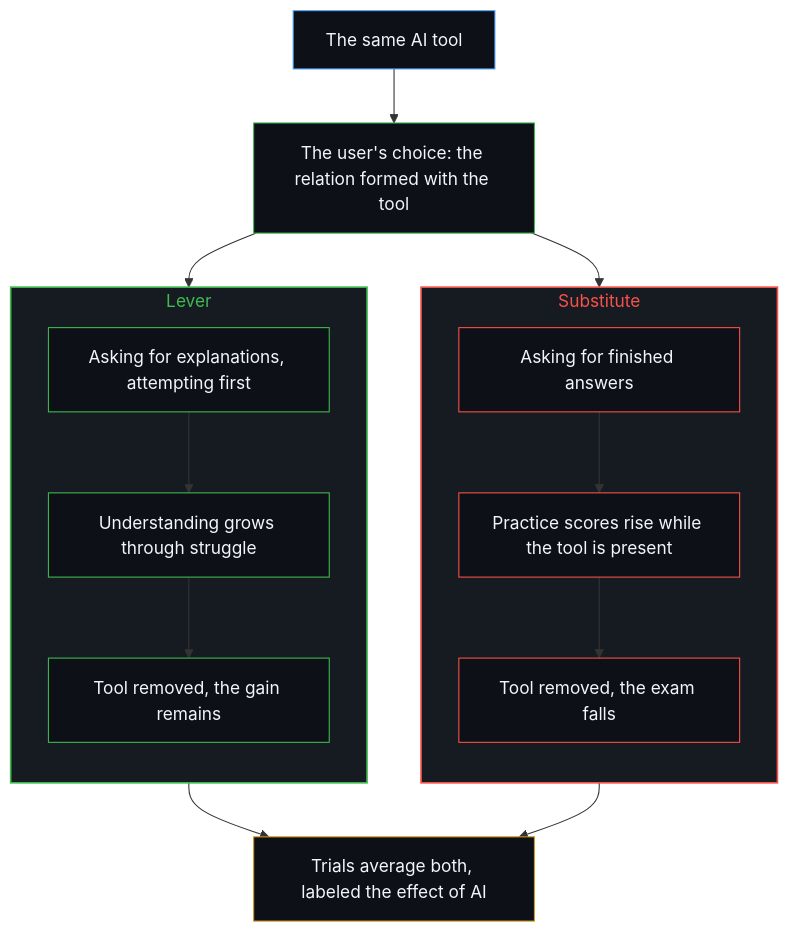
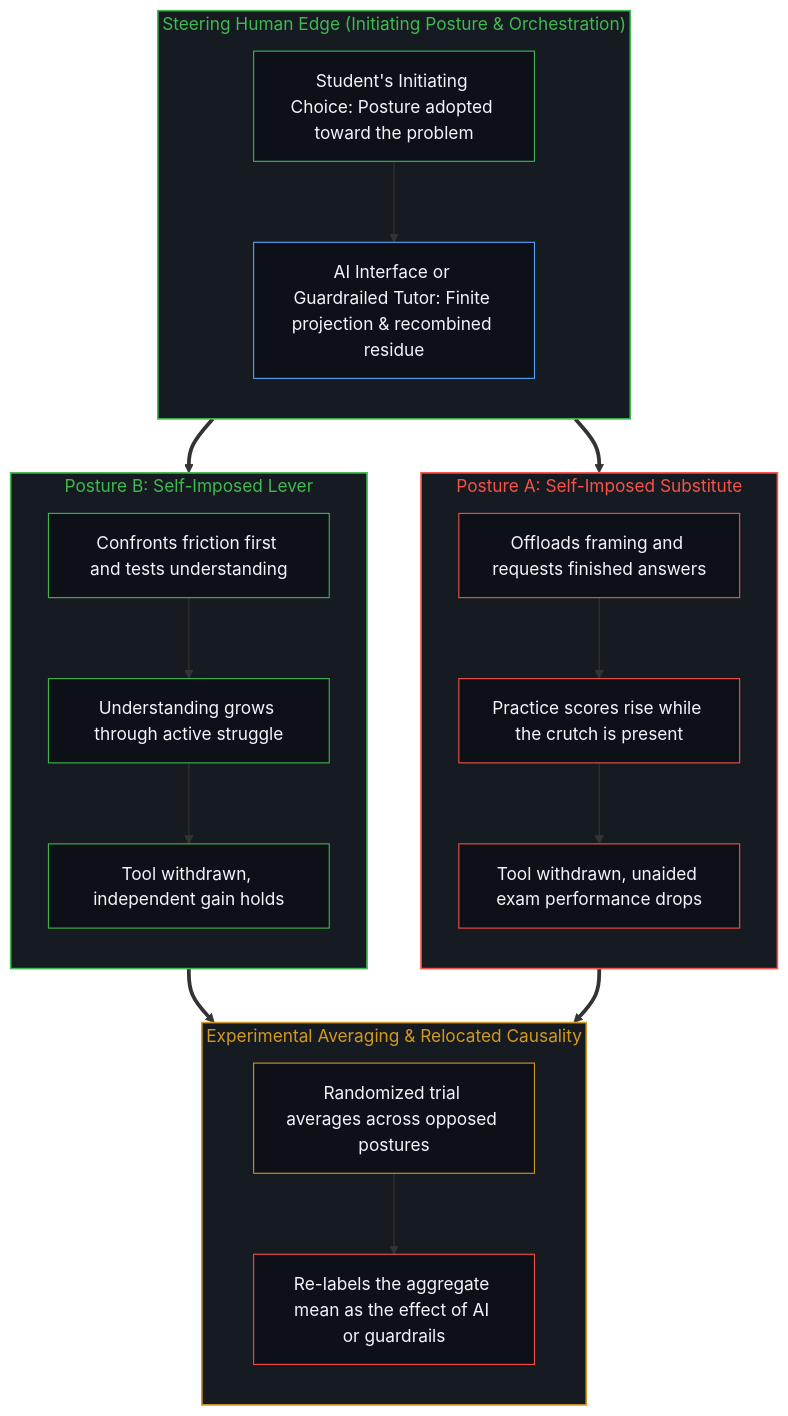
Before and after one commit to powerpig99/not-a-toe: the second of 2 diagrams in content/posts/studying-the-effect-of-ai-relocates-causality.md, drawn with Mermaid. The commit also changed other lines of this file and 2 other files, not shown here.

Commit message:
Refine L2 #150-#151: studying-the-effect-of-ai-relocates-causality, writing-without-the-image (Wave 3)

````diff
--- a/content/posts/studying-the-effect-of-ai-relocates-causality.md
+++ b/content/posts/studying-the-effect-of-ai-relocates-causality.md
@@ -74,34 +92,52 @@
 ```mermaid
 flowchart TD
-    T["The same AI tool"]
-    P["The user's choice: the relation formed with the tool"]
-    subgraph S_Sub["Substitute"]
+    subgraph S_Edge["Steering Human Edge (Initiating Posture & Orchestration)"]
         direction TB
-        A1["Asking for finished answers"]
-        A2["Practice scores rise while the tool is present"]
-        A3["Tool removed, the exam falls"]
+        E_Posture["Student's Initiating Choice: Posture adopted toward the problem"]
+        E_Tool["AI Interface or Guardrailed Tutor: Finite projection & recombined residue"]
+        E_Posture --> E_Tool
     end
-    subgraph S_Lev["Lever"]
+
+    subgraph S_Sub["Posture A: Self-Imposed Substitute"]
         direction TB
-        B1["Asking for explanations, attempting first"]
-        B2["Understanding grows through struggle"]
-        B3["Tool removed, the gain remains"]
+        A1["Offloads framing and requests finished answers"]
+        A2["Practice scores rise while the crutch is present"]
+        A3["Tool withdrawn, unaided exam performance drops"]
+        A1 --> A2 --> A3
     end
-    M["Trials average both, labeled the effect of AI"]
-    T --> P
-    P --> A1 --> A2 --> A3
-    P --> B1 --> B2 --> B3
-    A3 --> M
-    B3 --> M
+
+    subgraph S_Lev["Posture B: Self-Imposed Lever"]
+        direction TB
+        B1["Confronts friction first and tests understanding"]
+        B2["Understanding grows through active struggle"]
+        B3["Tool withdrawn, independent gain holds"]
+        B1 --> B2 --> B3
+    end
+
+    subgraph S_RCT["Experimental Averaging & Relocated Causality"]
+        direction TB
+        M1["Randomized trial averages across opposed postures"]
+        M2["Re-labels the aggregate mean as the effect of AI or guardrails"]
+        M1 --> M2
+    end
+
+    E_Tool ==> A1
+    E_Tool ==> B1
+    A3 ==> M1
+    B3 ==> M1
+
+    style S_Edge fill:#161b22,stroke:#3fb950,stroke-width:1.5px,color:#3fb950
     style S_Sub fill:#161b22,stroke:#f85149,stroke-width:1.5px,color:#f85149
     style S_Lev fill:#161b22,stroke:#3fb950,stroke-width:1.5px,color:#3fb950
-    style T fill:#0d1117,stroke:#58a6ff,stroke-width:1px,color:#f0f6fc
-    style P fill:#0d1117,stroke:#3fb950,stroke-width:1px,color:#f0f6fc
+    style S_RCT fill:#161b22,stroke:#d29922,stroke-width:1.5px,color:#d29922
+    style E_Posture fill:#0d1117,stroke:#3fb950,stroke-width:1px,color:#f0f6fc
+    style E_Tool fill:#0d1117,stroke:#58a6ff,stroke-width:1px,color:#f0f6fc
     style A1 fill:#0d1117,stroke:#f85149,stroke-width:1px,color:#f0f6fc
     style A2 fill:#0d1117,stroke:#f85149,stroke-width:1px,color:#f0f6fc
     style A3 fill:#0d1117,stroke:#f85149,stroke-width:1px,color:#f0f6fc
     style B1 fill:#0d1117,stroke:#3fb950,stroke-width:1px,color:#f0f6fc
     style B2 fill:#0d1117,stroke:#3fb950,stroke-width:1px,color:#f0f6fc
     style B3 fill:#0d1117,stroke:#3fb950,stroke-width:1px,color:#f0f6fc
-    style M fill:#0d1117,stroke:#d29922,stroke-width:1px,color:#f0f6fc
+    style M1 fill:#0d1117,stroke:#d29922,stroke-width:1px,color:#f0f6fc
+    style M2 fill:#0d1117,stroke:#f85149,stroke-width:1px,color:#f0f6fc
 ```
````
